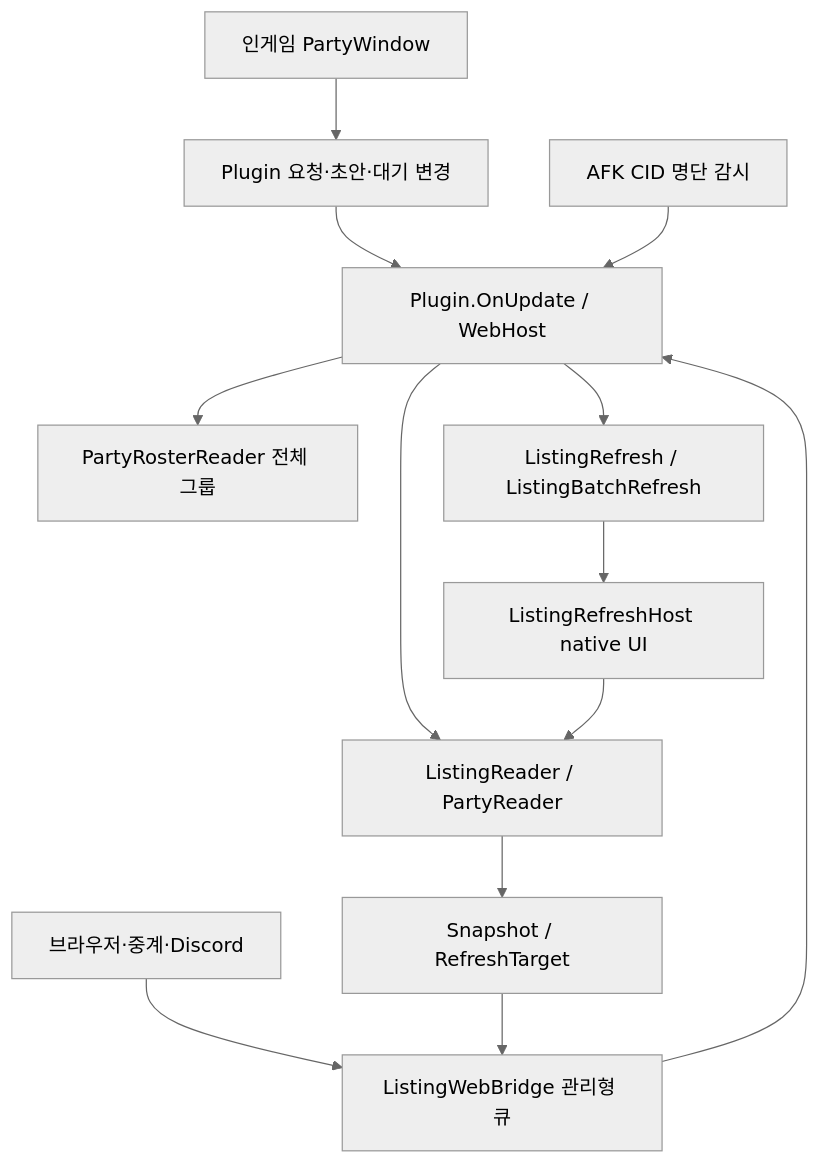
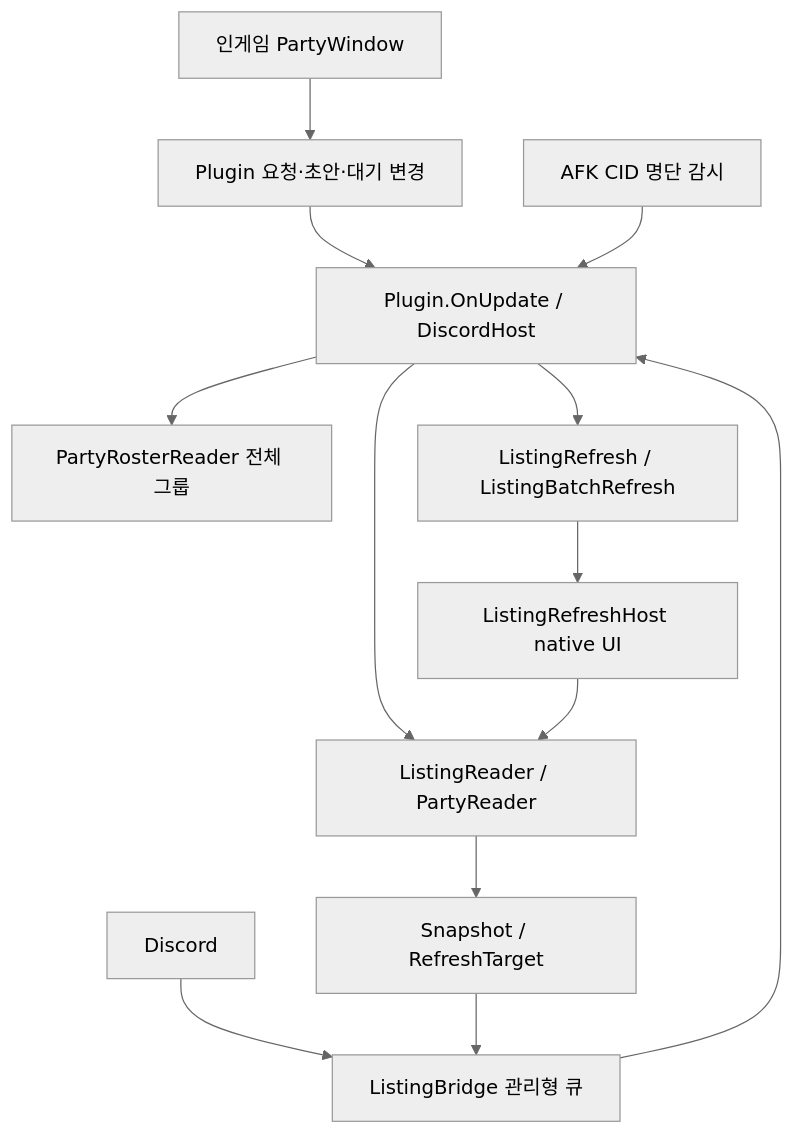
One commit to pressing7/PartyViewKR changed the diagram in docs/CODE_MAP.md. Above: the diagram before and after it, drawn with Mermaid (neutral theme). The commit also changed other lines of this file and 74 other files, not shown here.

First line of the commit message:
Remove web access and plan the in-game/Discord architecture

````diff
--- a/docs/CODE_MAP.md
+++ b/docs/CODE_MAP.md
@@ -31,15 +33,15 @@
 ```mermaid
 flowchart TD
   G["인게임 PartyWindow"] --> P["Plugin 요청·초안·대기 변경"]
-  W["브라우저·중계·Discord"] --> B["ListingWebBridge 관리형 큐"]
-  B --> F["Plugin.OnUpdate / WebHost"]
+  W["Discord"] --> B["ListingBridge 관리형 큐"]
+  B --> F["Plugin.OnUpdate / DiscordHost"]
   P --> F
   A["AFK CID 명단 감시"] --> F
   F --> C["PartyRosterReader 전체 그룹"]
   F --> R["ListingReader / PartyReader"]
   F --> S["ListingRefresh / ListingBatchRefresh"]
   S --> H["ListingRefreshHost native UI"]
   H --> R
   R --> V["Snapshot / RefreshTarget"]
   V --> B
 ```
````
